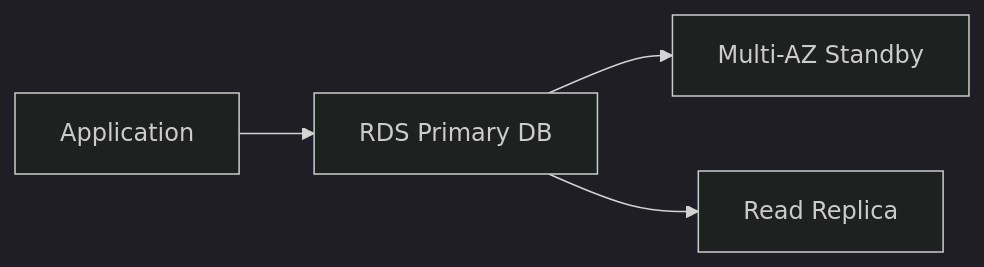
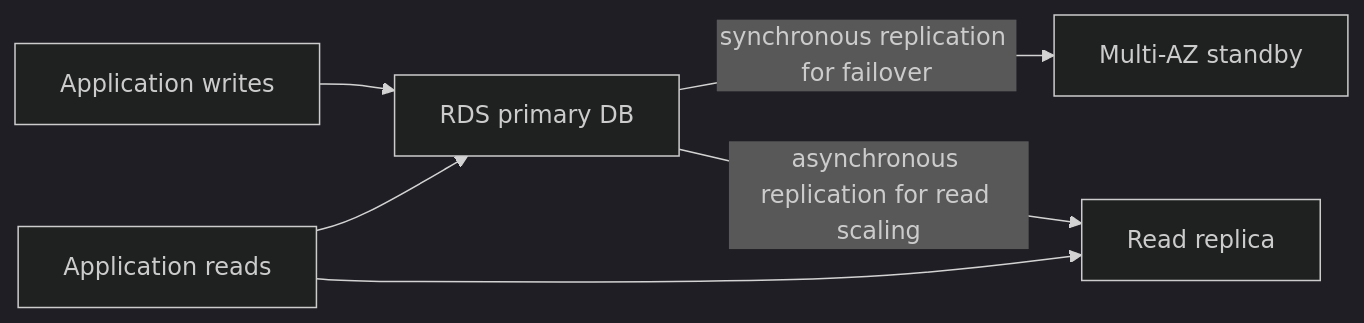
Before and after one commit to rooneyviet/aws-learning-obsidian: the diagram in 04 - Databases and Caching/Amazon RDS.md, drawn with Mermaid (dark theme). The commit also changed 16 other files, not shown here.

Commit message:
update diagrams

````diff
--- a/04 - Databases and Caching/Amazon RDS.md
+++ b/04 - Databases and Caching/Amazon RDS.md
@@ -33,6 +33,8 @@
 ```mermaid
 flowchart LR
-    APP[Application] --> WRITER[RDS Primary DB]
-    WRITER --> STANDBY[Multi-AZ Standby]
-    WRITER --> RR[Read Replica]
+    APP[Application writes] --> WRITER[RDS primary DB]
+    APPREAD[Application reads] --> WRITER
+    APPREAD --> RR[Read replica]
+    WRITER -->|synchronous replication for failover| STANDBY[Multi-AZ standby]
+    WRITER -->|asynchronous replication for read scaling| RR
 ```
````
